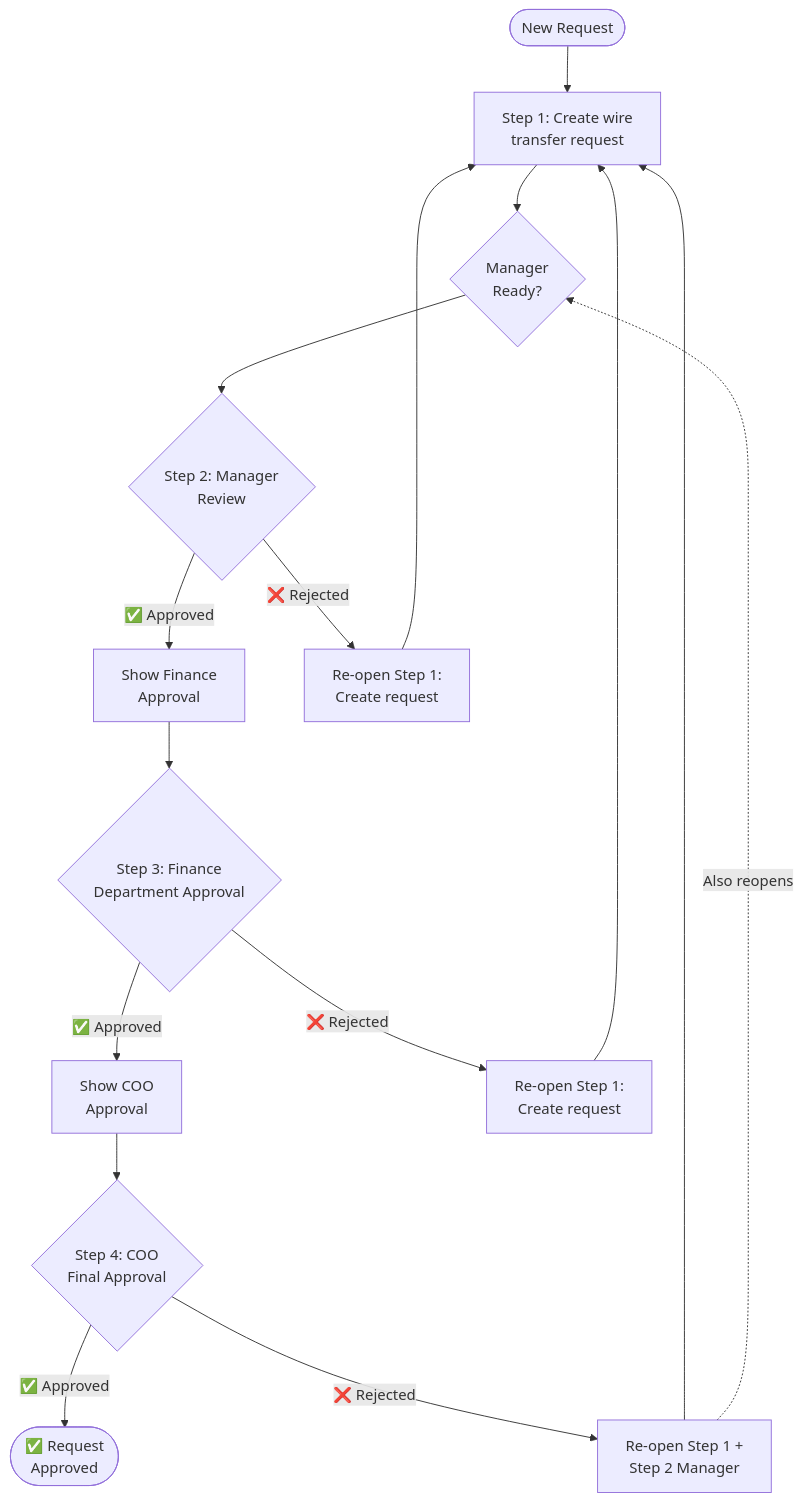
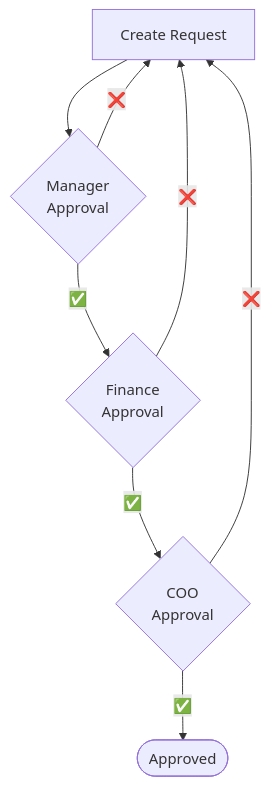
Before and after one commit to tallyfy/documentation: the first of 3 diagrams in src/content/docs/pro/documenting/templates/automations/examples/multi-level-approval-loops.mdx, drawn with Mermaid. The commit also changed other lines of this file and 4 other files, not shown here.

First line of the commit message:
Simplify complex Mermaid diagrams for better readability

````diff
--- a/src/content/docs/pro/documenting/templates/automations/examples/multi-level-approval-loops.mdx
+++ b/src/content/docs/pro/documenting/templates/automations/examples/multi-level-approval-loops.mdx
@@ -31,27 +31,16 @@
 ```mermaid
 flowchart TD
-    Start([New Request]) --> Create[Step 1: Create wire<br/>transfer request]
-    Create --> ManagerReady{Manager<br/>Ready?}
+    Create[Create Request] --> Manager{Manager<br/>Approval}
+    Manager -->|✅| Finance{Finance<br/>Approval}
+    Manager -->|❌| Create
     
-    ManagerReady --> Manager{Step 2: Manager<br/>Review}
-    Manager -->|✅ Approved| FinanceShow[Show Finance<br/>Approval]
-    Manager -->|❌ Rejected| ReOpen1[Re-open Step 1:<br/>Create request]
+    Finance -->|✅| COO{COO<br/>Approval}
+    Finance -->|❌| Create
     
-    FinanceShow --> Finance{Step 3: Finance<br/>Department Approval}
-    Finance -->|✅ Approved| COOShow[Show COO<br/>Approval]
-    Finance -->|❌ Rejected| ReOpen2[Re-open Step 1:<br/>Create request]
-    
-    COOShow --> COO{Step 4: COO<br/>Final Approval}
-    COO -->|✅ Approved| Complete([✅ Request<br/>Approved])
-    COO -->|❌ Rejected| ReOpen3[Re-open Step 1 +<br/>Step 2 Manager]
-    
-    ReOpen1 --> Create
-    ReOpen2 --> Create
-    ReOpen3 --> Create
-    ReOpen3 -.->|Also reopens| ManagerReady
-    
+    COO -->|✅| Complete([Approved])
+    COO -->|❌| Create
     
     click Manager "/products/pro/documenting/templates/automations/actions/status-actions/" "Learn about status actions for re-opening tasks"
     click Finance "/products/pro/documenting/templates/automations/actions/visibility-actions/" "Learn about visibility rules for approval flow"
     click COO "/products/pro/tutorials/how-to/track-and-run-complex-approval-workflows/" "See complex approval workflow patterns"
 ```
````
